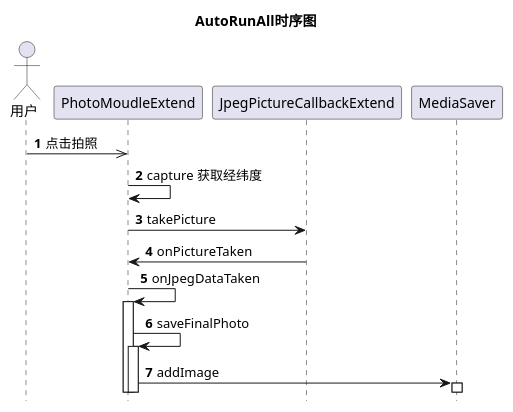
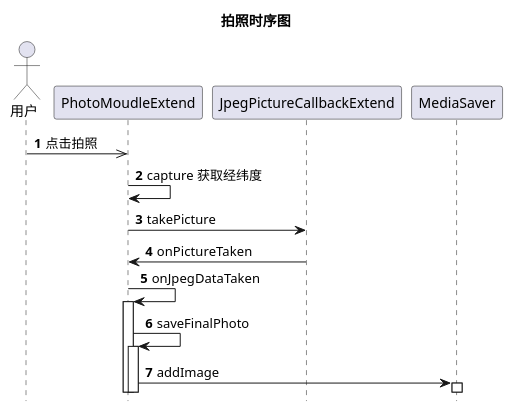
The diagram in 100Work/140文档/Yota/141相机/2018-2-28相机拍照记录地点.md (liuwenrong/Markdown), drawn with PlantUML before and after one commit.

Commit message:
修改文件: 100Work/140文档/Yota/141相机/2018-2-28相机拍照记录地点.md

````diff
--- a/100Work/140文档/Yota/141相机/2018-2-28相机拍照记录地点.md
+++ b/100Work/140文档/Yota/141相机/2018-2-28相机拍照记录地点.md
@@ -13,18 +13,18 @@
 ```plantuml!
 @startuml
-title AutoRunAll时序图
+title 拍照时序图
 autonumber
 hide footbox
 actor 用户 as U
 U ->> PhotoMoudleExtend: 点击拍照
 PhotoMoudleExtend -> PhotoMoudleExtend : capture 获取经纬度
 PhotoMoudleExtend -> JpegPictureCallbackExtend : takePicture
 JpegPictureCallbackExtend -> PhotoMoudleExtend : onPictureTaken
 PhotoMoudleExtend -> PhotoMoudleExtend : onJpegDataTaken
 activate PhotoMoudleExtend
 PhotoMoudleExtend -> PhotoMoudleExtend: saveFinalPhoto
 activate PhotoMoudleExtend
 PhotoMoudleExtend -> MediaSaver: addImage
 activate MediaSaver
 @enduml
 ```
````
